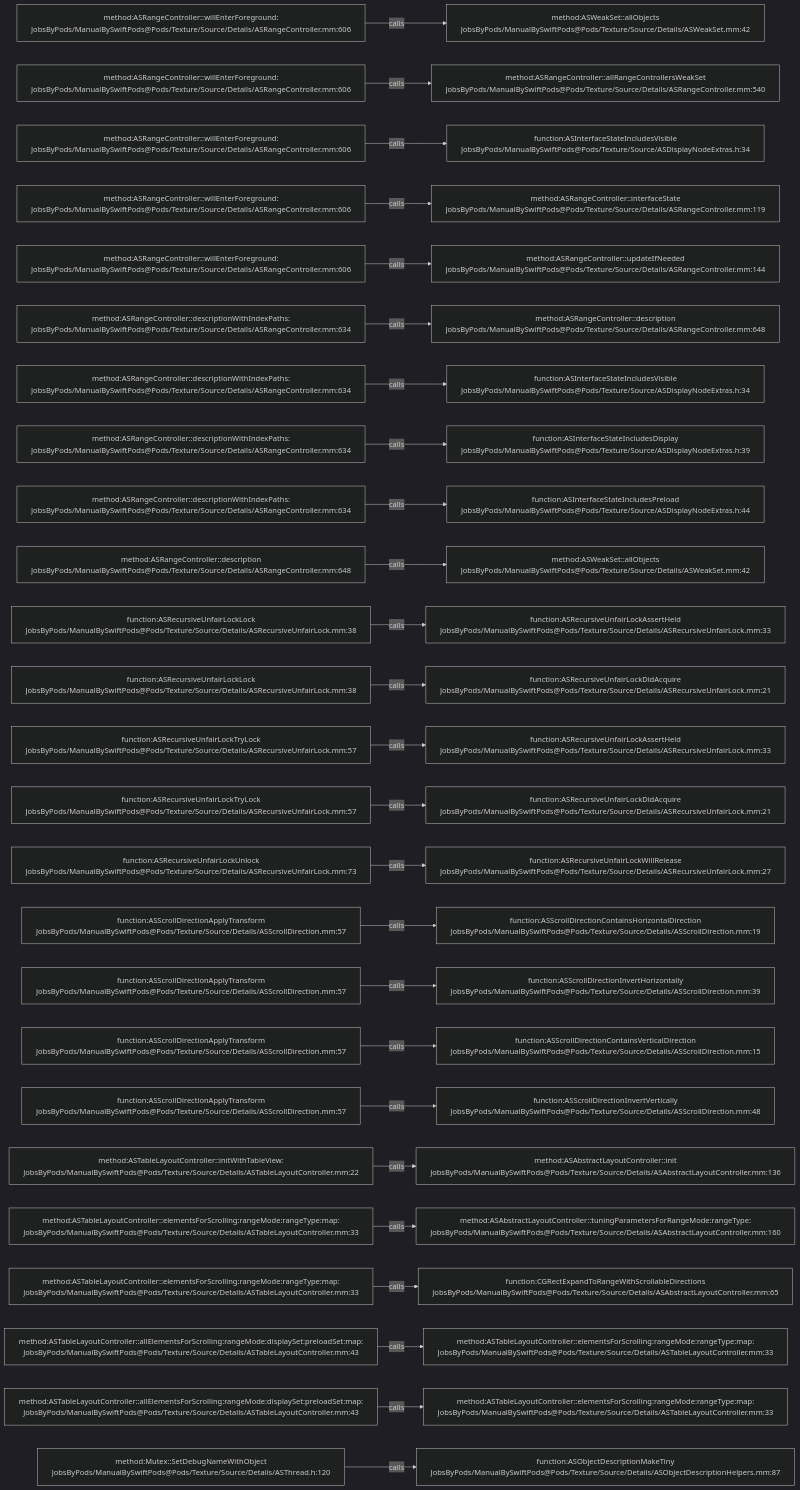
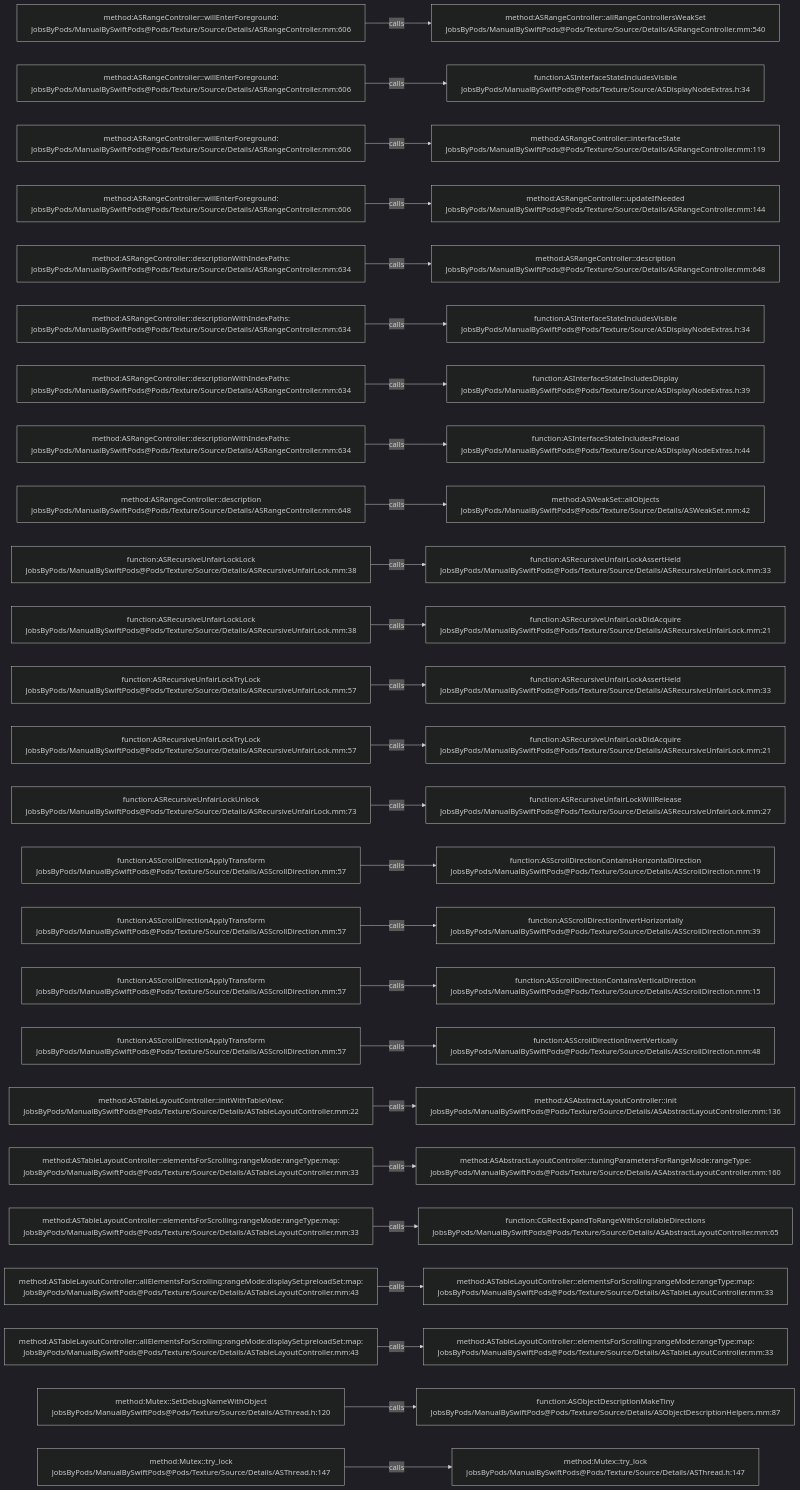
One commit to JobsKits/JobsSwiftBaseConfigDemo changed the diagram in .codegraph/codegraph.md/graphs/calls-095.md. Above: the diagram before and after it, drawn with Mermaid (dark theme). The commit also changed 747 other files, not shown here.

````diff
--- a/.codegraph/codegraph.md/graphs/calls-095.md
+++ b/.codegraph/codegraph.md/graphs/calls-095.md
@@ -13,78 +13,78 @@
 ```mermaid
 flowchart LR
   S1["method:ASRangeController::willEnterForeground:<br/>JobsByPods/ManualBySwiftPods@Pods/Texture/Source/Details/ASRangeController.mm:606"]
-  T1["method:ASWeakSet::allObjects<br/>JobsByPods/ManualBySwiftPods@Pods/Texture/Source/Details/ASWeakSet.mm:42"]
+  T1["method:ASRangeController::allRangeControllersWeakSet<br/>JobsByPods/ManualBySwiftPods@Pods/Texture/Source/Details/ASRangeController.mm:540"]
   S1 -->|calls| T1
   S2["method:ASRangeController::willEnterForeground:<br/>JobsByPods/ManualBySwiftPods@Pods/Texture/Source/Details/ASRangeController.mm:606"]
-  T2["method:ASRangeController::allRangeControllersWeakSet<br/>JobsByPods/ManualBySwiftPods@Pods/Texture/Source/Details/ASRangeController.mm:540"]
+  T2["function:ASInterfaceStateIncludesVisible<br/>JobsByPods/ManualBySwiftPods@Pods/Texture/Source/ASDisplayNodeExtras.h:34"]
   S2 -->|calls| T2
   S3["method:ASRangeController::willEnterForeground:<br/>JobsByPods/ManualBySwiftPods@Pods/Texture/Source/Details/ASRangeController.mm:606"]
-  T3["function:ASInterfaceStateIncludesVisible<br/>JobsByPods/ManualBySwiftPods@Pods/Texture/Source/ASDisplayNodeExtras.h:34"]
+  T3["method:ASRangeController::interfaceState<br/>JobsByPods/ManualBySwiftPods@Pods/Texture/Source/Details/ASRangeController.mm:119"]
   S3 -->|calls| T3
   S4["method:ASRangeController::willEnterForeground:<br/>JobsByPods/ManualBySwiftPods@Pods/Texture/Source/Details/ASRangeController.mm:606"]
-  T4["method:ASRangeController::interfaceState<br/>JobsByPods/ManualBySwiftPods@Pods/Texture/Source/Details/ASRangeController.mm:119"]
+  T4["method:ASRangeController::updateIfNeeded<br/>JobsByPods/ManualBySwiftPods@Pods/Texture/Source/Details/ASRangeController.mm:144"]
   S4 -->|calls| T4
-  S5["method:ASRangeController::willEnterForeground:<br/>JobsByPods/ManualBySwiftPods@Pods/Texture/Source/Details/ASRangeController.mm:606"]
-  T5["method:ASRangeController::updateIfNeeded<br/>JobsByPods/ManualBySwiftPods@Pods/Texture/Source/Details/ASRangeController.mm:144"]
+  S5["method:ASRangeController::descriptionWithIndexPaths:<br/>JobsByPods/ManualBySwiftPods@Pods/Texture/Source/Details/ASRangeController.mm:634"]
+  T5["method:ASRangeController::description<br/>JobsByPods/ManualBySwiftPods@Pods/Texture/Source/Details/ASRangeController.mm:648"]
   S5 -->|calls| T5
   S6["method:ASRangeController::descriptionWithIndexPaths:<br/>JobsByPods/ManualBySwiftPods@Pods/Texture/Source/Details/ASRangeController.mm:634"]
-  T6["method:ASRangeController::description<br/>JobsByPods/ManualBySwiftPods@Pods/Texture/Source/Details/ASRangeController.mm:648"]
+  T6["function:ASInterfaceStateIncludesVisible<br/>JobsByPods/ManualBySwiftPods@Pods/Texture/Source/ASDisplayNodeExtras.h:34"]
   S6 -->|calls| T6
   S7["method:ASRangeController::descriptionWithIndexPaths:<br/>JobsByPods/ManualBySwiftPods@Pods/Texture/Source/Details/ASRangeController.mm:634"]
-  T7["function:ASInterfaceStateIncludesVisible<br/>JobsByPods/ManualBySwiftPods@Pods/Texture/Source/ASDisplayNodeExtras.h:34"]
+  T7["function:ASInterfaceStateIncludesDisplay<br/>JobsByPods/ManualBySwiftPods@Pods/Texture/Source/ASDisplayNodeExtras.h:39"]
   S7 -->|calls| T7
   S8["method:ASRangeController::descriptionWithIndexPaths:<br/>JobsByPods/ManualBySwiftPods@Pods/Texture/Source/Details/ASRangeController.mm:634"]
-  T8["function:ASInterfaceStateIncludesDisplay<br/>JobsByPods/ManualBySwiftPods@Pods/Texture/Source/ASDisplayNodeExtras.h:39"]
+  T8["function:ASInterfaceStateIncludesPreload<br/>JobsByPods/ManualBySwiftPods@Pods/Texture/Source/ASDisplayNodeExtras.h:44"]
   S8 -->|calls| T8
-  S9["method:ASRangeController::descriptionWithIndexPaths:<br/>JobsByPods/ManualBySwiftPods@Pods/Texture/Source/Details/ASRangeController.mm:634"]
-  T9["function:ASInterfaceStateIncludesPreload<br/>JobsByPods/ManualBySwiftPods@Pods/Texture/Source/ASDisplayNodeExtras.h:44"]
+  S9["method:ASRangeController::description<br/>JobsByPods/ManualBySwiftPods@Pods/Texture/Source/Details/ASRangeController.mm:648"]
+  T9["method:ASWeakSet::allObjects<br/>JobsByPods/ManualBySwiftPods@Pods/Texture/Source/Details/ASWeakSet.mm:42"]
   S9 -->|calls| T9
-  S10["method:ASRangeController::description<br/>JobsByPods/ManualBySwiftPods@Pods/Texture/Source/Details/ASRangeController.mm:648"]
-  T10["method:ASWeakSet::allObjects<br/>JobsByPods/ManualBySwiftPods@Pods/Texture/Source/Details/ASWeakSet.mm:42"]
+  S10["function:ASRecursiveUnfairLockLock<br/>JobsByPods/ManualBySwiftPods@Pods/Texture/Source/Details/ASRecursiveUnfairLock.mm:38"]
+  T10["function:ASRecursiveUnfairLockAssertHeld<br/>JobsByPods/ManualBySwiftPods@Pods/Texture/Source/Details/ASRecursiveUnfairLock.mm:33"]
   S10 -->|calls| T10
   S11["function:ASRecursiveUnfairLockLock<br/>JobsByPods/ManualBySwiftPods@Pods/Texture/Source/Details/ASRecursiveUnfairLock.mm:38"]
-  T11["function:ASRecursiveUnfairLockAssertHeld<br/>JobsByPods/ManualBySwiftPods@Pods/Texture/Source/Details/ASRecursiveUnfairLock.mm:33"]
+  T11["function:ASRecursiveUnfairLockDidAcquire<br/>JobsByPods/ManualBySwiftPods@Pods/Texture/Source/Details/ASRecursiveUnfairLock.mm:21"]
   S11 -->|calls| T11
-  S12["function:ASRecursiveUnfairLockLock<br/>JobsByPods/ManualBySwiftPods@Pods/Texture/Source/Details/ASRecursiveUnfairLock.mm:38"]
-  T12["function:ASRecursiveUnfairLockDidAcquire<br/>JobsByPods/ManualBySwiftPods@Pods/Texture/Source/Details/ASRecursiveUnfairLock.mm:21"]
+  S12["function:ASRecursiveUnfairLockTryLock<br/>JobsByPods/ManualBySwiftPods@Pods/Texture/Source/Details/ASRecursiveUnfairLock.mm:57"]
+  T12["function:ASRecursiveUnfairLockAssertHeld<br/>JobsByPods/ManualBySwiftPods@Pods/Texture/Source/Details/ASRecursiveUnfairLock.mm:33"]
   S12 -->|calls| T12
   S13["function:ASRecursiveUnfairLockTryLock<br/>JobsByPods/ManualBySwiftPods@Pods/Texture/Source/Details/ASRecursiveUnfairLock.mm:57"]
-  T13["function:ASRecursiveUnfairLockAssertHeld<br/>JobsByPods/ManualBySwiftPods@Pods/Texture/Source/Details/ASRecursiveUnfairLock.mm:33"]
+  T13["function:ASRecursiveUnfairLockDidAcquire<br/>JobsByPods/ManualBySwiftPods@Pods/Texture/Source/Details/ASRecursiveUnfairLock.mm:21"]
   S13 -->|calls| T13
-  S14["function:ASRecursiveUnfairLockTryLock<br/>JobsByPods/ManualBySwiftPods@Pods/Texture/Source/Details/ASRecursiveUnfairLock.mm:57"]
-  T14["function:ASRecursiveUnfairLockDidAcquire<br/>JobsByPods/ManualBySwiftPods@Pods/Texture/Source/Details/ASRecursiveUnfairLock.mm:21"]
+  S14["function:ASRecursiveUnfairLockUnlock<br/>JobsByPods/ManualBySwiftPods@Pods/Texture/Source/Details/ASRecursiveUnfairLock.mm:73"]
+  T14["function:ASRecursiveUnfairLockWillRelease<br/>JobsByPods/ManualBySwiftPods@Pods/Texture/Source/Details/ASRecursiveUnfairLock.mm:27"]
   S14 -->|calls| T14
-  S15["function:ASRecursiveUnfairLockUnlock<br/>JobsByPods/ManualBySwiftPods@Pods/Texture/Source/Details/ASRecursiveUnfairLock.mm:73"]
-  T15["function:ASRecursiveUnfairLockWillRelease<br/>JobsByPods/ManualBySwiftPods@Pods/Texture/Source/Details/ASRecursiveUnfairLock.mm:27"]
+  S15["function:ASScrollDirectionApplyTransform<br/>JobsByPods/ManualBySwiftPods@Pods/Texture/Source/Details/ASScrollDirection.mm:57"]
+  T15["function:ASScrollDirectionContainsHorizontalDirection<br/>JobsByPods/ManualBySwiftPods@Pods/Texture/Source/Details/ASScrollDirection.mm:19"]
   S15 -->|calls| T15
   S16["function:ASScrollDirectionApplyTransform<br/>JobsByPods/ManualBySwiftPods@Pods/Texture/Source/Details/ASScrollDirection.mm:57"]
-  T16["function:ASScrollDirectionContainsHorizontalDirection<br/>JobsByPods/ManualBySwiftPods@Pods/Texture/Source/Details/ASScrollDirection.mm:19"]
+  T16["function:ASScrollDirectionInvertHorizontally<br/>JobsByPods/ManualBySwiftPods@Pods/Texture/Source/Details/ASScrollDirection.mm:39"]
   S16 -->|calls| T16
   S17["function:ASScrollDirectionApplyTransform<br/>JobsByPods/ManualBySwiftPods@Pods/Texture/Source/Details/ASScrollDirection.mm:57"]
-  T17["function:ASScrollDirectionInvertHorizontally<br/>JobsByPods/ManualBySwiftPods@Pods/Texture/Source/Details/ASScrollDirection.mm:39"]
+  T17["function:ASScrollDirectionContainsVerticalDirection<br/>JobsByPods/ManualBySwiftPods@Pods/Texture/Source/Details/ASScrollDirection.mm:15"]
   S17 -->|calls| T17
   S18["function:ASScrollDirectionApplyTransform<br/>JobsByPods/ManualBySwiftPods@Pods/Texture/Source/Details/ASScrollDirection.mm:57"]
-  T18["function:ASScrollDirectionContainsVerticalDirection<br/>JobsByPods/ManualBySwiftPods@Pods/Texture/Source/Details/ASScrollDirection.mm:15"]
+  T18["function:ASScrollDirectionInvertVertically<br/>JobsByPods/ManualBySwiftPods@Pods/Texture/Source/Details/ASScrollDirection.mm:48"]
   S18 -->|calls| T18
-  S19["function:ASScrollDirectionApplyTransform<br/>JobsByPods/ManualBySwiftPods@Pods/Texture/Source/Details/ASScrollDirection.mm:57"]
-  T19["function:ASScrollDirectionInvertVertically<br/>JobsByPods/ManualBySwiftPods@Pods/Texture/Source/Details/ASScrollDirection.mm:48"]
+  S19["method:ASTableLayoutController::initWithTableView:<br/>JobsByPods/ManualBySwiftPods@Pods/Texture/Source/Details/ASTableLayoutController.mm:22"]
+  T19["method:ASAbstractLayoutController::init<br/>JobsByPods/ManualBySwiftPods@Pods/Texture/Source/Details/ASAbstractLayoutController.mm:136"]
   S19 -->|calls| T19
-  S20["method:ASTableLayoutController::initWithTableView:<br/>JobsByPods/ManualBySwiftPods@Pods/Texture/Source/Details/ASTableLayoutController.mm:22"]
-  T20["method:ASAbstractLayoutController::init<br/>JobsByPods/ManualBySwiftPods@Pods/Texture/Source/Details/ASAbstractLayoutController.mm:136"]
+  S20["method:ASTableLayoutController::elementsForScrolling:rangeMode:rangeType:map:<br/>JobsByPods/ManualBySwiftPods@Pods/Texture/Source/Details/ASTableLayoutController.mm:33"]
+  T20["method:ASAbstractLayoutController::tuningParametersForRangeMode:rangeType:<br/>JobsByPods/ManualBySwiftPods@Pods/Texture/Source/Details/ASAbstractLayoutController.mm:160"]
   S20 -->|calls| T20
   S21["method:ASTableLayoutController::elementsForScrolling:rangeMode:rangeType:map:<br/>JobsByPods/ManualBySwiftPods@Pods/Texture/Source/Details/ASTableLayoutController.mm:33"]
-  T21["method:ASAbstractLayoutController::tuningParametersForRangeMode:rangeType:<br/>JobsByPods/ManualBySwiftPods@Pods/Texture/Source/Details/ASAbstractLayoutController.mm:160"]
+  T21["function:CGRectExpandToRangeWithScrollableDirections<br/>JobsByPods/ManualBySwiftPods@Pods/Texture/Source/Details/ASAbstractLayoutController.mm:65"]
   S21 -->|calls| T21
-  S22["method:ASTableLayoutController::elementsForScrolling:rangeMode:rangeType:map:<br/>JobsByPods/ManualBySwiftPods@Pods/Texture/Source/Details/ASTableLayoutController.mm:33"]
-  T22["function:CGRectExpandToRangeWithScrollableDirections<br/>JobsByPods/ManualBySwiftPods@Pods/Texture/Source/Details/ASAbstractLayoutController.mm:65"]
+  S22["method:ASTableLayoutController::allElementsForScrolling:rangeMode:displaySet:preloadSet:map:<br/>JobsByPods/ManualBySwiftPods@Pods/Texture/Source/Details/ASTableLayoutController.mm:43"]
+  T22["method:ASTableLayoutController::elementsForScrolling:rangeMode:rangeType:map:<br/>JobsByPods/ManualBySwiftPods@Pods/Texture/Source/Details/ASTableLayoutController.mm:33"]
   S22 -->|calls| T22
   S23["method:ASTableLayoutController::allElementsForScrolling:rangeMode:displaySet:preloadSet:map:<br/>JobsByPods/ManualBySwiftPods@Pods/Texture/Source/Details/ASTableLayoutController.mm:43"]
   T23["method:ASTableLayoutController::elementsForScrolling:rangeMode:rangeType:map:<br/>JobsByPods/ManualBySwiftPods@Pods/Texture/Source/Details/ASTableLayoutController.mm:33"]
   S23 -->|calls| T23
-  S24["method:ASTableLayoutController::allElementsForScrolling:rangeMode:displaySet:preloadSet:map:<br/>JobsByPods/ManualBySwiftPods@Pods/Texture/Source/Details/ASTableLayoutController.mm:43"]
-  T24["method:ASTableLayoutController::elementsForScrolling:rangeMode:rangeType:map:<br/>JobsByPods/ManualBySwiftPods@Pods/Texture/Source/Details/ASTableLayoutController.mm:33"]
+  S24["method:Mutex::SetDebugNameWithObject<br/>JobsByPods/ManualBySwiftPods@Pods/Texture/Source/Details/ASThread.h:120"]
+  T24["function:ASObjectDescriptionMakeTiny<br/>JobsByPods/ManualBySwiftPods@Pods/Texture/Source/Details/ASObjectDescriptionHelpers.mm:87"]
   S24 -->|calls| T24
-  S25["method:Mutex::SetDebugNameWithObject<br/>JobsByPods/ManualBySwiftPods@Pods/Texture/Source/Details/ASThread.h:120"]
-  T25["function:ASObjectDescriptionMakeTiny<br/>JobsByPods/ManualBySwiftPods@Pods/Texture/Source/Details/ASObjectDescriptionHelpers.mm:87"]
+  S25["method:Mutex::try_lock<br/>JobsByPods/ManualBySwiftPods@Pods/Texture/Source/Details/ASThread.h:147"]
+  T25["method:Mutex::try_lock<br/>JobsByPods/ManualBySwiftPods@Pods/Texture/Source/Details/ASThread.h:147"]
   S25 -->|calls| T25
 ```
````
